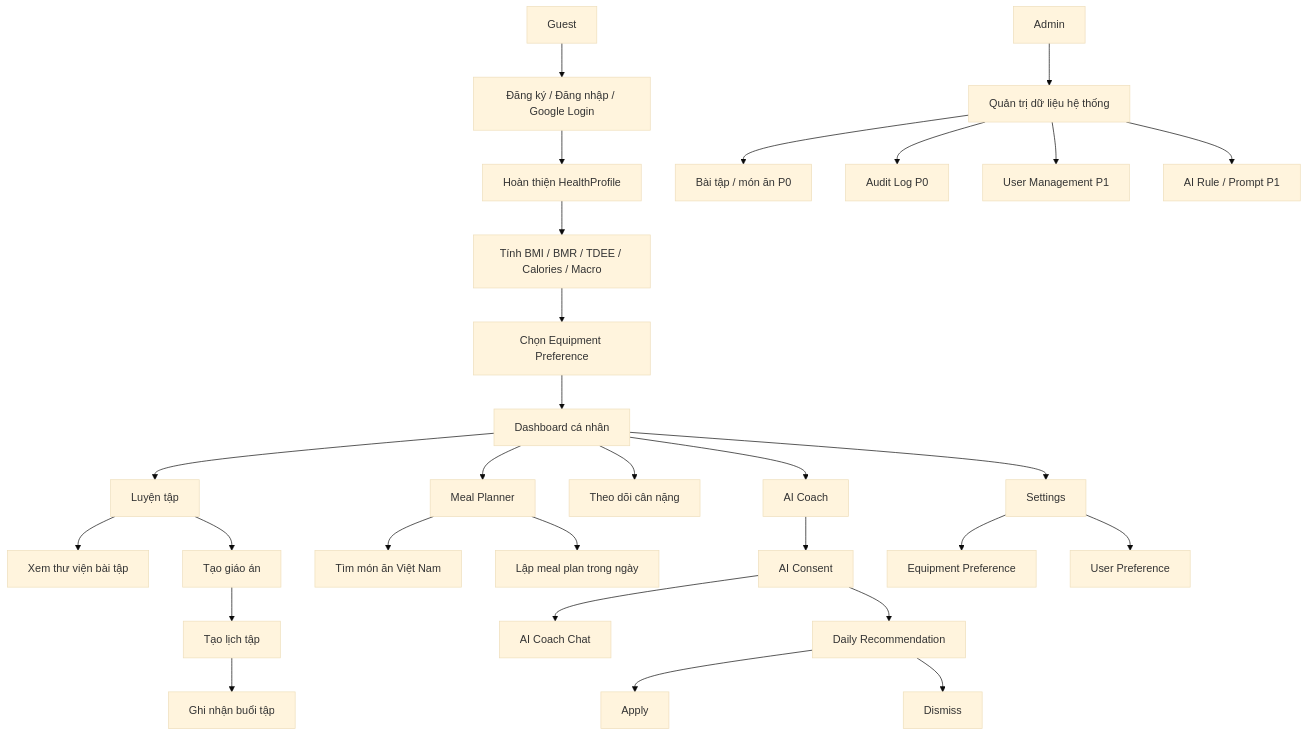
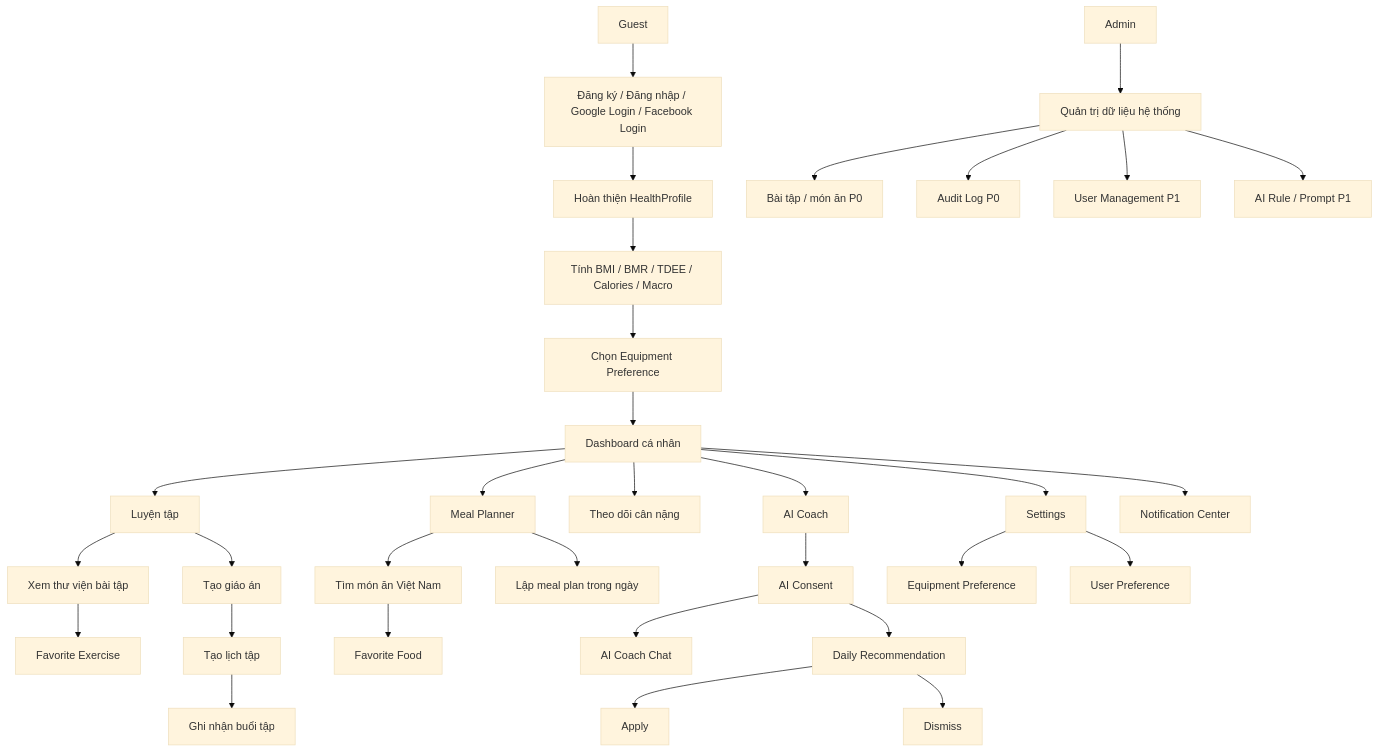
The first of 21 diagrams in docs/spec/bussiness_mainflow.md (tgiahuy/VieGym), drawn with Mermaid (base theme) before and after one commit. The commit also changed other lines of this file and 18 other files, not shown here.

Commit message:
docs: align P0 scope and dataset roadmap

````diff
--- a/docs/spec/bussiness_mainflow.md
+++ b/docs/spec/bussiness_mainflow.md
@@ -52,37 +57,40 @@
 ```mermaid
 flowchart TD
-    Guest[Guest] --> Auth[Đăng ký / Đăng nhập / Google Login]
+    Guest[Guest] --> Auth[Đăng ký / Đăng nhập / Google Login / Facebook Login]
     Auth --> Health[Hoàn thiện HealthProfile]
     Health --> Metrics[Tính BMI / BMR / TDEE / Calories / Macro]
     Metrics --> Equipment[Chọn Equipment Preference]
     Equipment --> Dashboard[Dashboard cá nhân]
 
     Dashboard --> Workout[Luyện tập]
     Dashboard --> Nutrition[Meal Planner]
     Dashboard --> Body[Theo dõi cân nặng]
     Dashboard --> AI[AI Coach]
     Dashboard --> Settings[Settings]
 
     Workout --> Exercise[Xem thư viện bài tập]
+    Exercise --> FavoriteExercise[Favorite Exercise]
     Workout --> Program[Tạo giáo án]
     Program --> Schedule[Tạo lịch tập]
     Schedule --> Log[Ghi nhận buổi tập]
 
     Nutrition --> Food[Tìm món ăn Việt Nam]
+    Food --> FavoriteFood[Favorite Food]
     Nutrition --> MealPlan[Lập meal plan trong ngày]
 
     AI --> Consent[AI Consent]
     Consent --> Coach[AI Coach Chat]
     Consent --> Recommendation[Daily Recommendation]
     Recommendation --> Apply[Apply]
     Recommendation --> Dismiss[Dismiss]
+    Dashboard --> NotificationCenter[Notification Center]
 
     Settings --> EquipmentSettings[Equipment Preference]
     Settings --> Preference[User Preference]
 
     Admin[Admin] --> AdminPanel[Quản trị dữ liệu hệ thống]
     AdminPanel --> AdminData[Bài tập / món ăn P0]
     AdminPanel --> Audit[Audit Log P0]
     AdminPanel --> AdminUser[User Management P1]
     AdminPanel --> AdminAI[AI Rule / Prompt P1]
 ```
````
